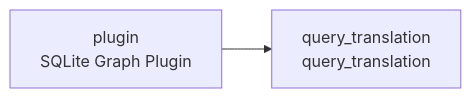
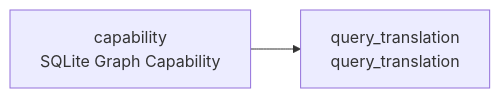
The diagram in README.md (cj-mills/cjm-capability-graph-sqlite), drawn with Mermaid before and after one commit. The commit also changed other lines of this file and 11 other files, not shown here.

First line of the commit message:
Stage 9 cascade (Layer 2b): rename cjm-graph-plugin-sqlite -> cjm-capability-graph-sqlite

````diff
--- a/README.md
+++ b/README.md
@@ -22,7 +22,7 @@
 ``` mermaid
 graph LR
-    plugin["plugin<br/>SQLite Graph Plugin"]
+    capability["capability<br/>SQLite Graph Capability"]
     query_translation["query_translation<br/>query_translation"]
 
-    plugin --> query_translation
+    capability --> query_translation
 ```
````
